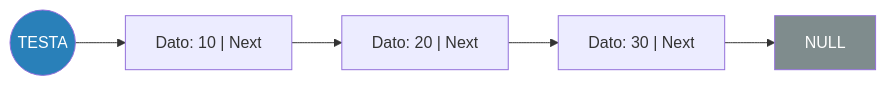
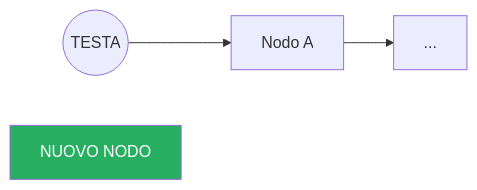
One commit to Micheles2102/Prog.1 changed the first of 3 diagrams in Liste/README.md. Above: the diagram before and after it, drawn with Mermaid. The commit also changed other lines of this file, not shown here.

````diff
--- a/Liste/README.md
+++ b/Liste/README.md
@@ -22,10 +17,6 @@
 ```mermaid
 graph LR
-    Head((TESTA)) --> Node1["Dato: 10 | Next"]
-    Node1 --> Node2["Dato: 20 | Next"]
-    Node2 --> Node3["Dato: 30 | Next"]
-    Node3 --> Null[NULL]
-    
-    style Head fill:#2980b9,color:#fff
-    style Null fill:#7f8c8d,color:#fff
+    Head((TESTA)) --> Node1["Nodo A"] --> Node2["..."]
+    NewNode["NUOVO NODO"]
+    style NewNode fill:#27ae60,color:#fff
 ```
````
